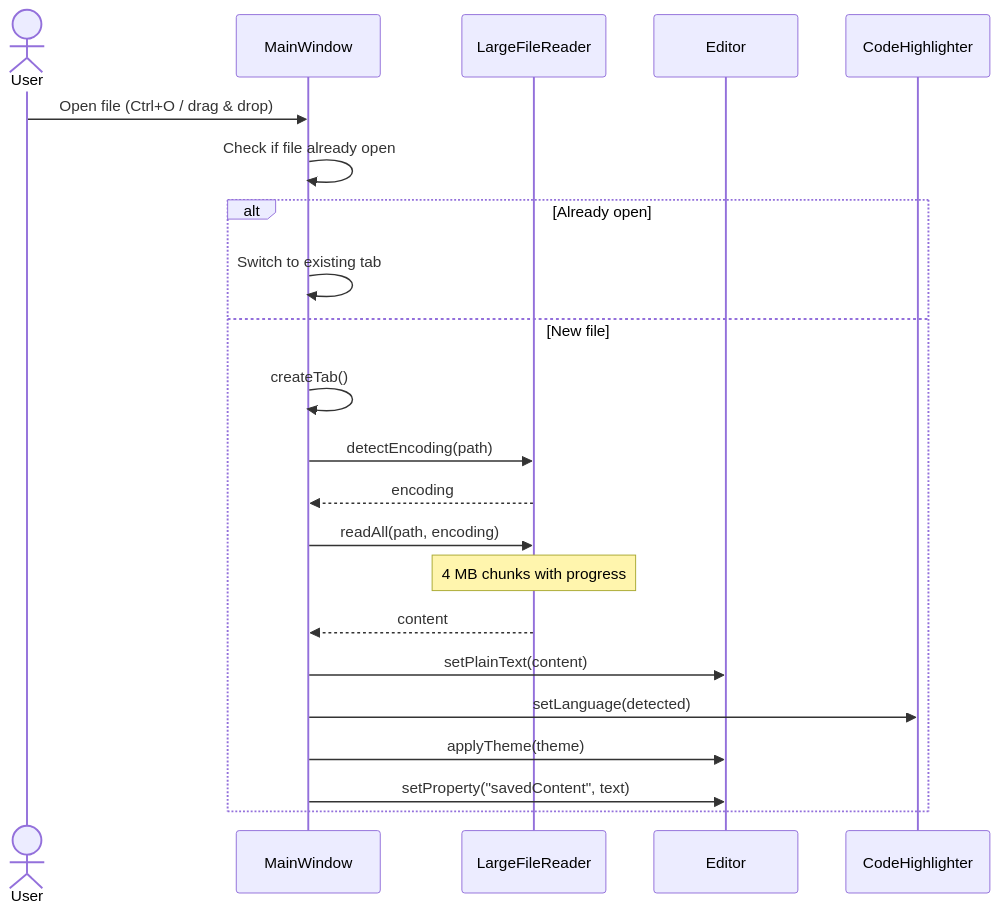
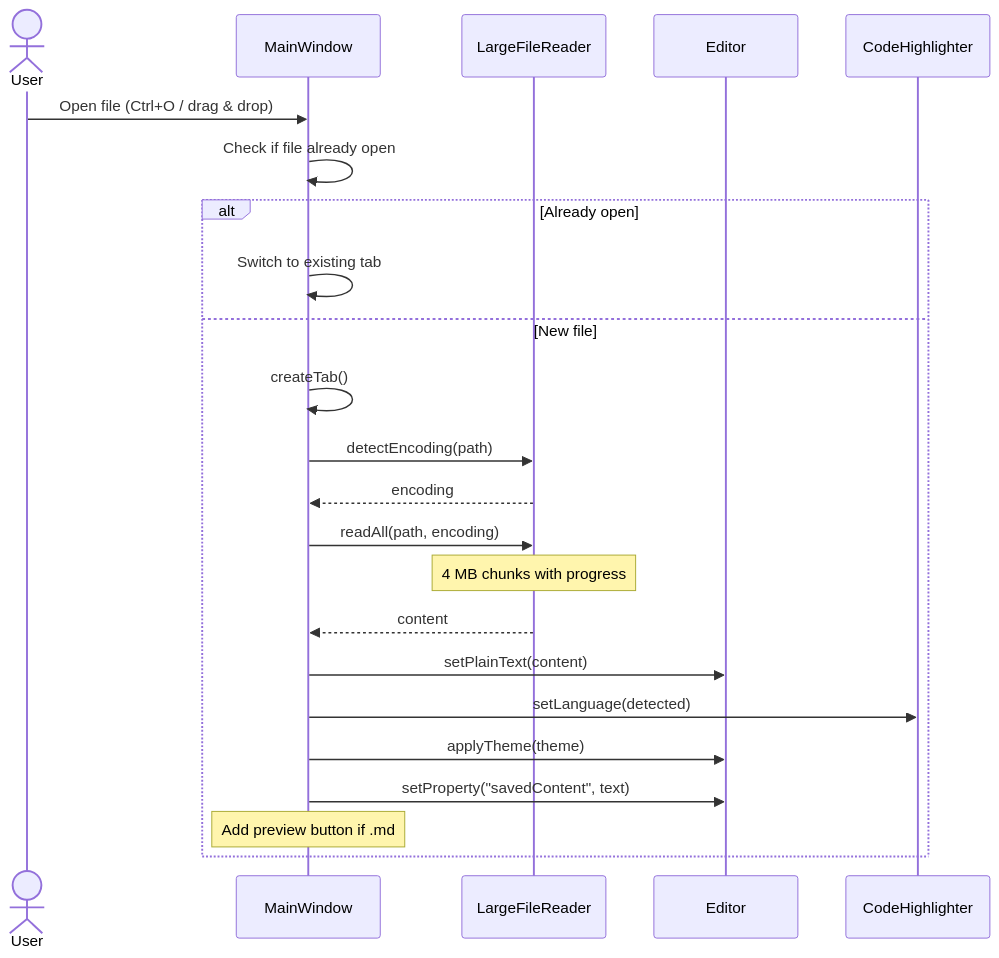
The third of 10 diagrams in docs/diagrams.md (dkrse/text-ed), drawn with Mermaid before and after one commit. The commit also changed other lines of this file and 8 other files, not shown here.

````diff
--- a/docs/diagrams.md
+++ b/docs/diagrams.md
@@ -159,25 +175,26 @@
 ```mermaid
 sequenceDiagram
     actor User
     participant MW as MainWindow
     participant LFR as LargeFileReader
     participant ED as Editor
     participant CH as CodeHighlighter
 
     User->>MW: Open file (Ctrl+O / drag & drop)
     MW->>MW: Check if file already open
     alt Already open
         MW->>MW: Switch to existing tab
     else New file
         MW->>MW: createTab()
         MW->>LFR: detectEncoding(path)
         LFR-->>MW: encoding
         MW->>LFR: readAll(path, encoding)
         Note over LFR: 4 MB chunks with progress
         LFR-->>MW: content
         MW->>ED: setPlainText(content)
         MW->>CH: setLanguage(detected)
         MW->>ED: applyTheme(theme)
         MW->>ED: setProperty("savedContent", text)
+        Note over MW: Add preview button if .md
     end
 ```
````
